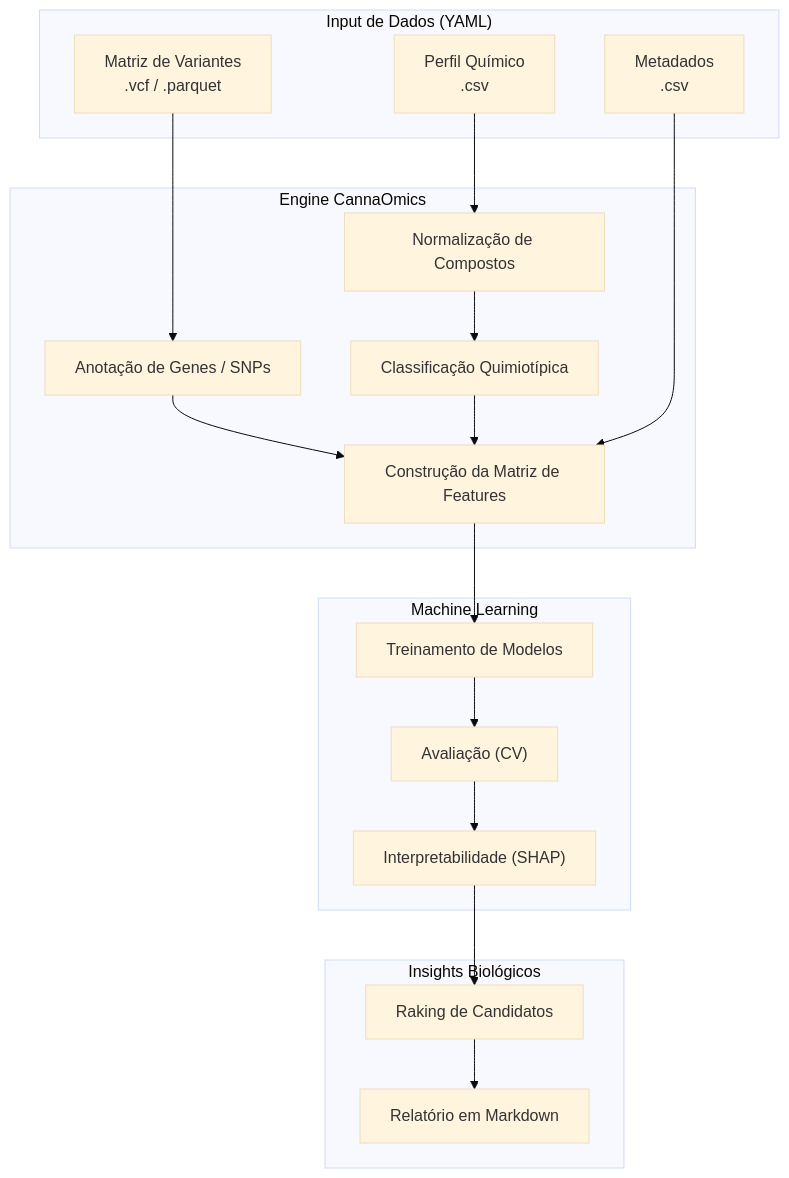
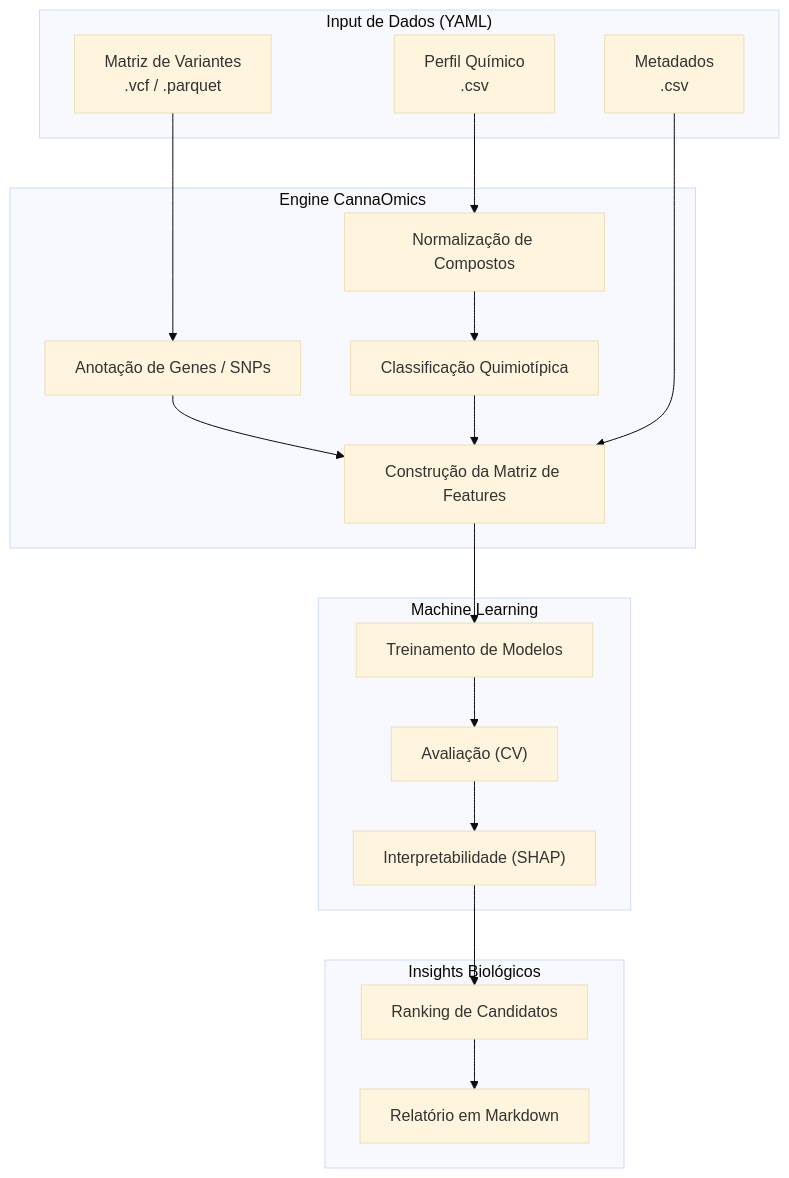
The diagram in README.md (caramaschiHG/CannaOmics-ai), drawn with Mermaid (base theme) before and after one commit. The commit also changed other lines of this file and 25 other files, not shown here.

````diff
--- a/README.md
+++ b/README.md
@@ -89,35 +89,35 @@
 ```mermaid
 flowchart TD
     subgraph Dados ["Input de Dados (YAML)"]
         VCF["Matriz de Variantes\n.vcf / .parquet"]
         CHEM["Perfil Químico\n.csv"]
         META["Metadados\n.csv"]
     end
 
     subgraph Core ["Engine CannaOmics"]
         NORM["Normalização de Compostos"]
         CHEMO["Classificação Quimiotípica"]
         GEN["Anotação de Genes / SNPs"]
         FEAT["Construção da Matriz de Features"]
     end
 
     subgraph ML ["Machine Learning"]
         TRAIN["Treinamento de Modelos"]
         EVAL["Avaliação (CV)"]
         SHAP["Interpretabilidade (SHAP)"]
     end
 
     subgraph Output ["Insights Biológicos"]
-        RANK["Raking de Candidatos"]
+        RANK["Ranking de Candidatos"]
         REP["Relatório em Markdown"]
     end
 
     VCF --> GEN
     CHEM --> NORM --> CHEMO
     GEN --> FEAT
     CHEMO --> FEAT
     META --> FEAT
     
     FEAT --> TRAIN --> EVAL --> SHAP
     SHAP --> RANK --> REP
 ```
````
